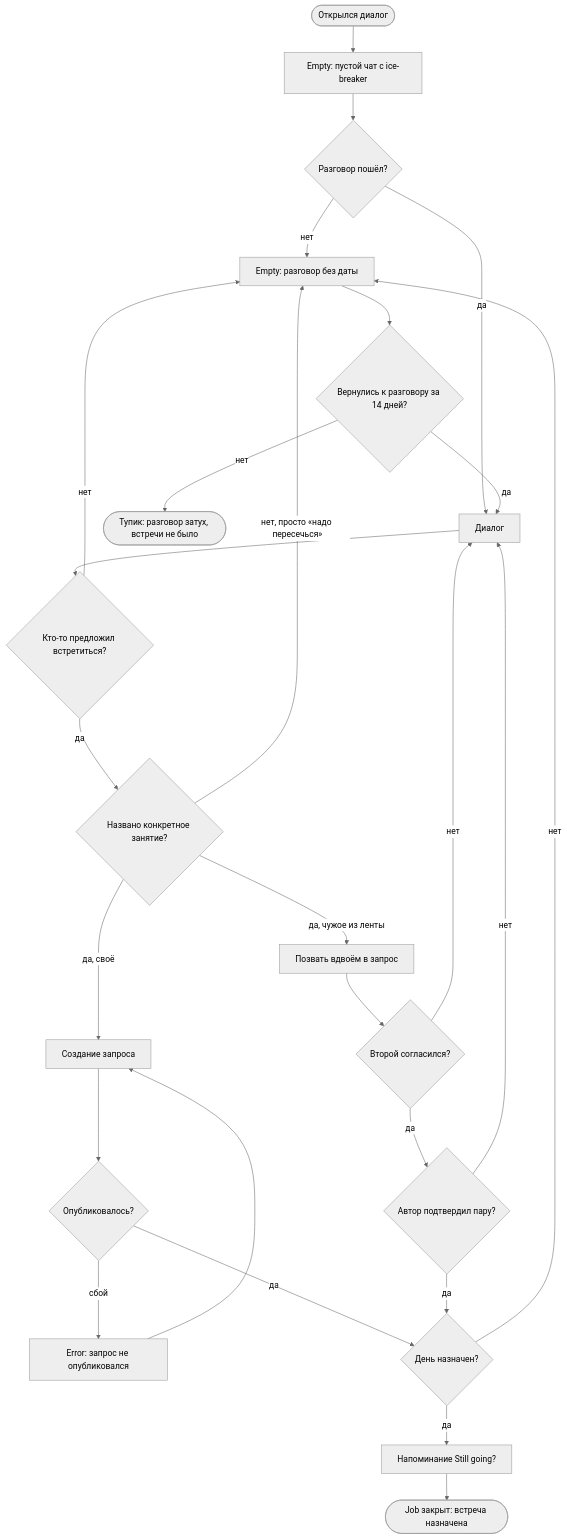
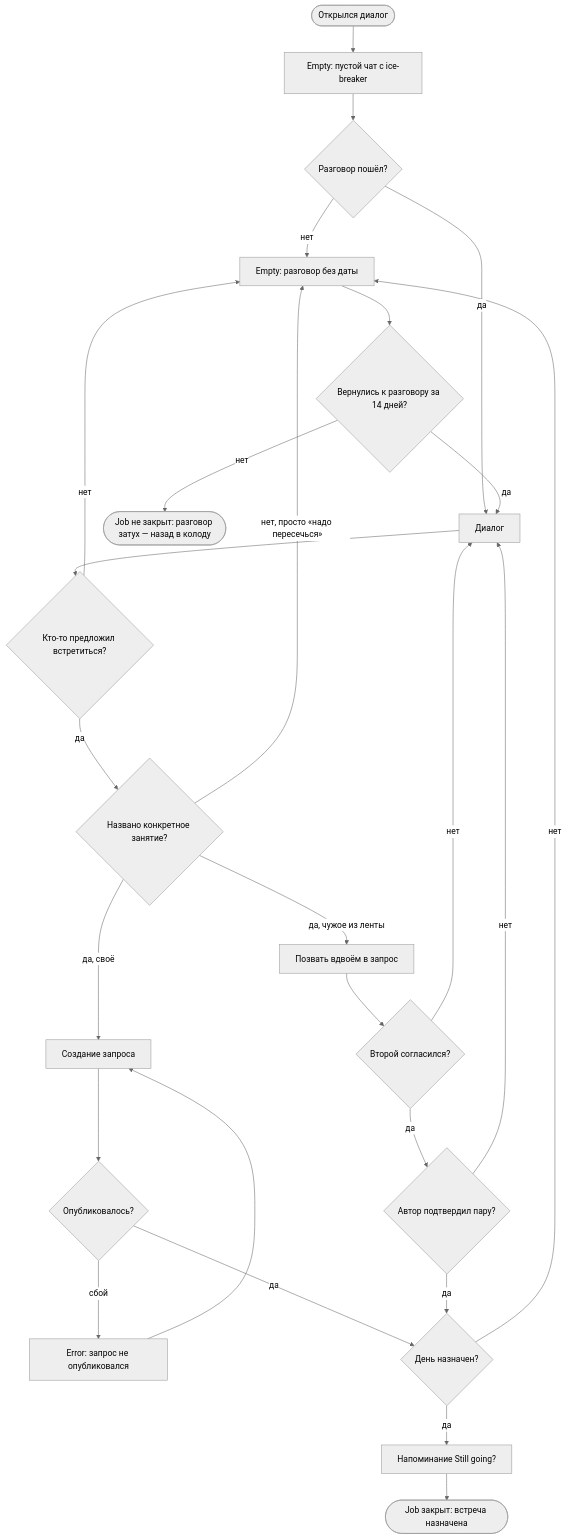
The second of 5 diagrams in flows.md (yulyaklim16-spec/meetmates), drawn with Mermaid (neutral theme) before and after one commit. The commit also changed other lines of this file, not shown here.

First line of the commit message:
Ф1: flows without dead ends that are really returns

````diff
--- a/flows.md
+++ b/flows.md
@@ -315,34 +352,34 @@
 ```mermaid
 flowchart TD
     Start([Открылся диалог]) --> Empty["Empty: пустой чат с ice-breaker"]
     Empty --> Started{Разговор пошёл?}
     Started -->|нет| Dead
     Started -->|да| Dialog[Диалог]
 
     Dialog --> Proposed{Кто-то предложил встретиться?}
     Proposed -->|нет| Dead["Empty: разговор без даты"]
     Proposed -->|да| HasActivity{Названо конкретное занятие?}
 
     HasActivity -->|нет, просто «надо пересечься»| Dead
     HasActivity -->|да, своё| Create[Создание запроса]
     HasActivity -->|да, чужое из ленты| Pair[Позвать вдвоём в запрос]
 
     Create --> Published{Опубликовалось?}
     Published -->|сбой| CreateErr["Error: запрос не опубликовался"]
     CreateErr --> Create
     Published -->|да| DateSet
 
     Pair --> SecondAgrees{Второй согласился?}
     SecondAgrees -->|нет| Dialog
     SecondAgrees -->|да| AuthorPair{Автор подтвердил пару?}
     AuthorPair -->|нет| Dialog
     AuthorPair -->|да| DateSet{День назначен?}
 
     DateSet -->|нет| Dead
     DateSet -->|да| Remind[Напоминание Still going?]
     Remind --> Win(["Job закрыт: встреча назначена"])
 
     Dead --> Revived{Вернулись к разговору за 14 дней?}
     Revived -->|да| Dialog
-    Revived -->|нет| Stuck(["Тупик: разговор затух, встречи не было"])
+    Revived -->|нет| NoPlan(["Job не закрыт: разговор затух — назад в колоду"])
 ```
````
